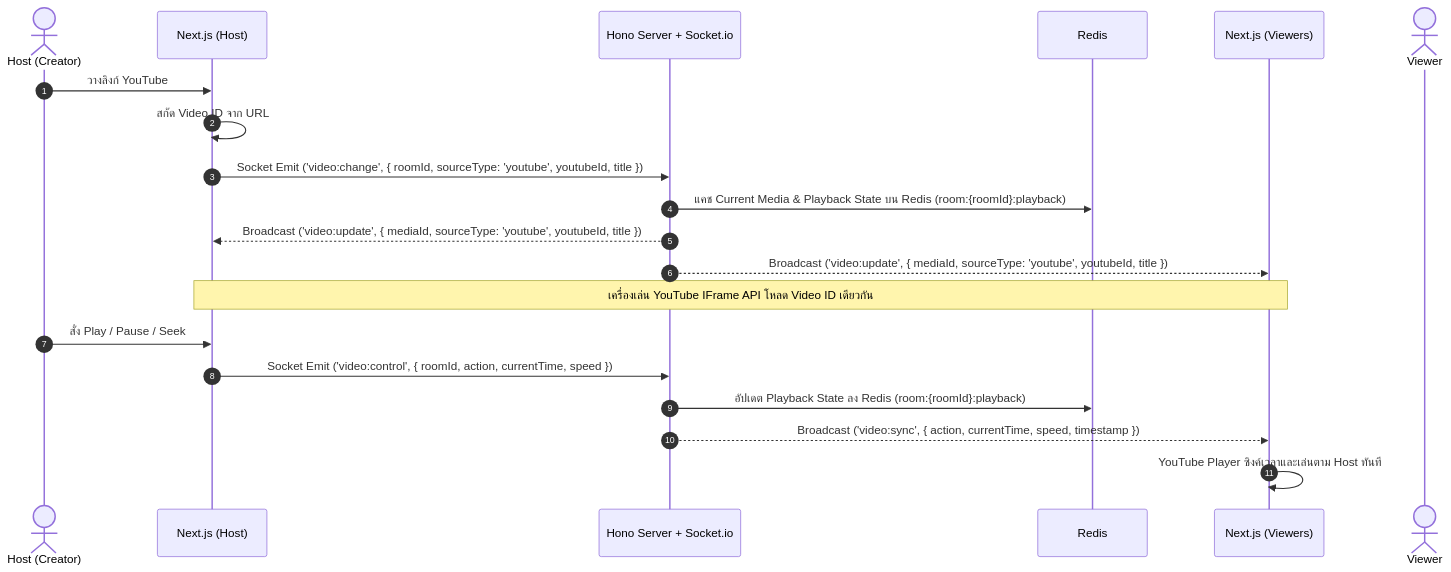
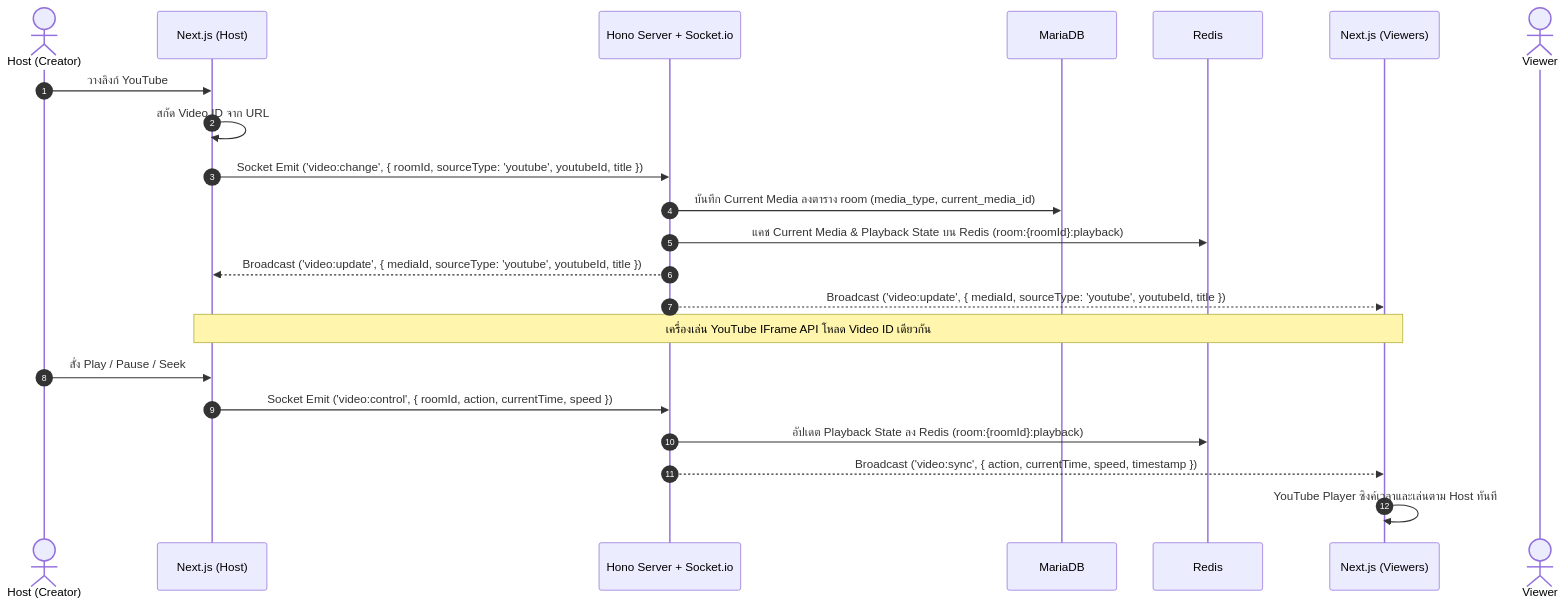
Before and after one commit to PeterGamez/YouStream: the first of 4 diagrams in SRS.md, drawn with Mermaid. The commit also changed other lines of this file and 1 other file, not shown here.

````diff
--- a/SRS.md
+++ b/SRS.md
@@ -151,23 +151,25 @@
 ```mermaid
 sequenceDiagram
     autonumber
     actor Host as Host (Creator)
     participant FE_Host as Next.js (Host)
     participant BE as Hono Server + Socket.io
+    participant MariaDB as MariaDB
     participant Redis as Redis
     participant FE_Viewer as Next.js (Viewers)
     actor Viewer as Viewer
 
     Host->>FE_Host: วางลิงก์ YouTube
     FE_Host->>FE_Host: สกัด Video ID จาก URL
     FE_Host->>BE: Socket Emit ('video:change', { roomId, sourceType: 'youtube', youtubeId, title })
+    BE->>MariaDB: บันทึก Current Media ลงตาราง room (media_type, current_media_id)
     BE->>Redis: แคช Current Media & Playback State บน Redis (room:{roomId}:playback)
     BE-->>FE_Host: Broadcast ('video:update', { mediaId, sourceType: 'youtube', youtubeId, title })
     BE-->>FE_Viewer: Broadcast ('video:update', { mediaId, sourceType: 'youtube', youtubeId, title })
     Note over FE_Host, FE_Viewer: เครื่องเล่น YouTube IFrame API โหลด Video ID เดียวกัน
     Host->>FE_Host: สั่ง Play / Pause / Seek
     FE_Host->>BE: Socket Emit ('video:control', { roomId, action, currentTime, speed })
     BE->>Redis: อัปเดต Playback State ลง Redis (room:{roomId}:playback)
     BE-->>FE_Viewer: Broadcast ('video:sync', { action, currentTime, speed, timestamp })
     FE_Viewer->>FE_Viewer: YouTube Player ซิงค์เวลาและเล่นตาม Host ทันที
 ```
````
